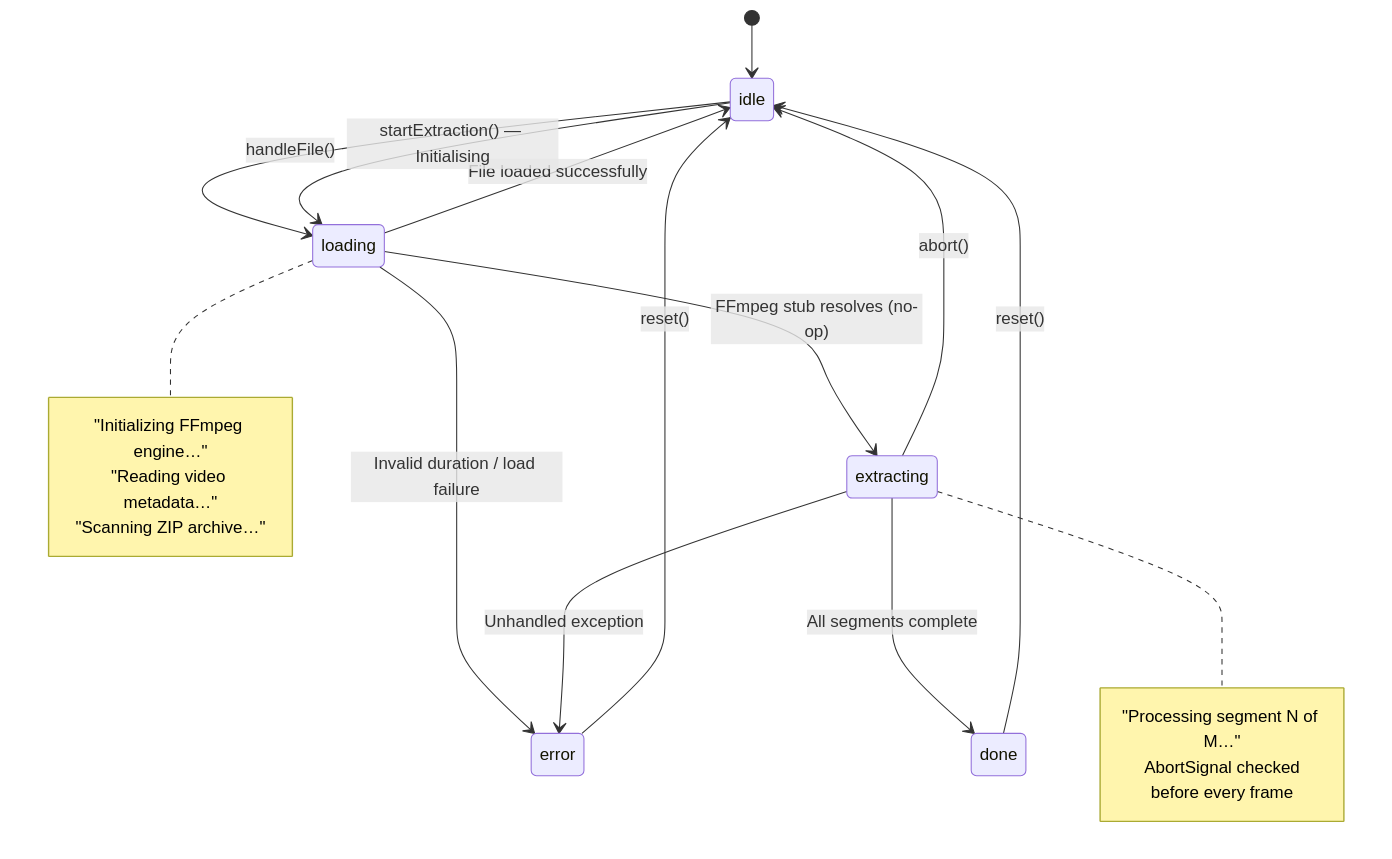
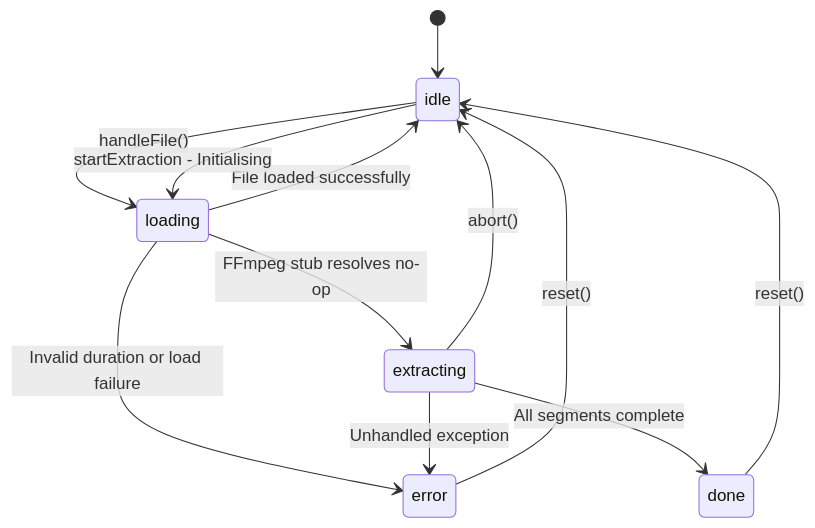
Before and after one commit to ArunVijaykumarcsds/raktabeej: the fourth of 7 diagrams in README.md, drawn with Mermaid. The commit also changed other lines of this file, not shown here.

Commit message:
Refactor Mermaid diagrams for clarity and consistency

````diff
--- a/README.md
+++ b/README.md
@@ -595,29 +595,17 @@
 ```mermaid
 stateDiagram-v2
     [*] --> idle
 
     idle --> loading : handleFile()
     loading --> idle : File loaded successfully
-    loading --> error : Invalid duration / load failure
+    loading --> error : Invalid duration or load failure
 
-    idle --> loading : startExtraction() — Initialising
-    loading --> extracting : FFmpeg stub resolves (no-op)
+    idle --> loading : startExtraction - Initialising
+    loading --> extracting : FFmpeg stub resolves no-op
     extracting --> done : All segments complete
     extracting --> error : Unhandled exception
     extracting --> idle : abort()
 
     done --> idle : reset()
     error --> idle : reset()
-
-    note right of loading
-        "Initializing FFmpeg engine…"
-        "Reading video metadata…"
-        "Scanning ZIP archive…"
-    end note
-
-    note right of extracting
-        "Processing segment N of M…"
-        AbortSignal checked
-        before every frame
-    end note
 ```
````
